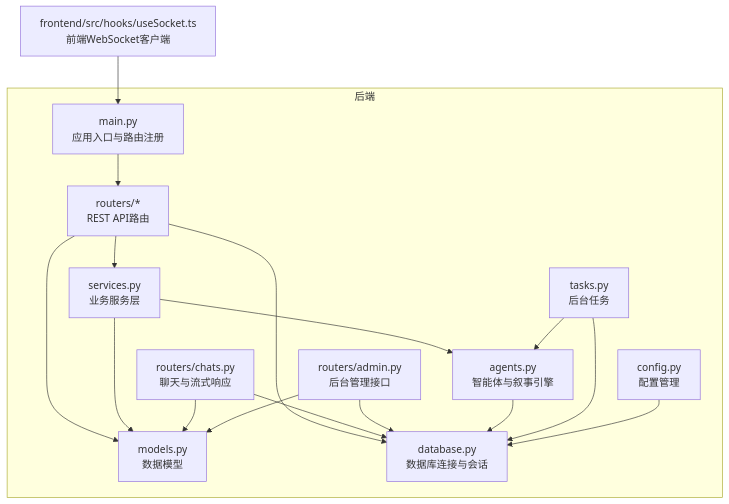
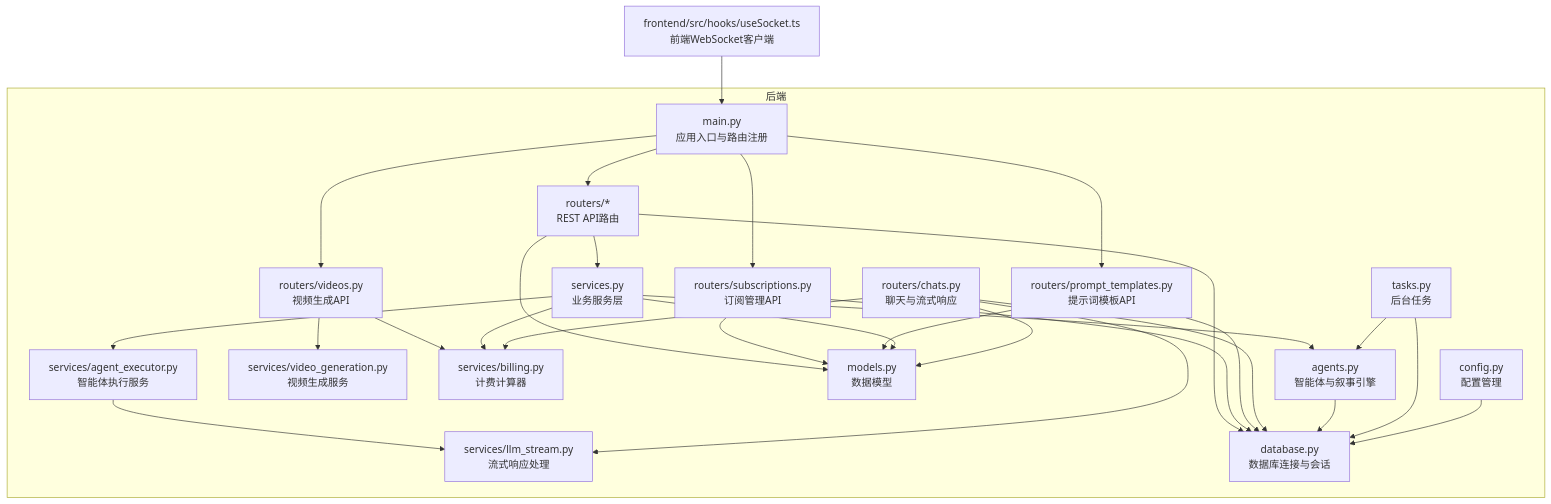
One commit to KunLabAI/KunFlix changed the first of 20 diagrams in .qoder/repowiki/zh/content/后端开发指南/API路由系统/智能体管理API.md. Above: the diagram before and after it, drawn with Mermaid. The commit also changed other lines of this file and 25 other files, not shown here.

````diff
--- a/.qoder/repowiki/zh/content/后端开发指南/API路由系统/智能体管理API.md
+++ b/.qoder/repowiki/zh/content/后端开发指南/API路由系统/智能体管理API.md
@@ -39,31 +69,49 @@
 ```mermaid
 graph TB
 subgraph "后端"
 MAIN["main.py<br/>应用入口与路由注册"]
 ROUTERS["routers/*<br/>REST API路由"]
+SUBSCRIPTIONS["routers/subscriptions.py<br/>订阅管理API"]
+PROMPT_TEMPLATES["routers/prompt_templates.py<br/>提示词模板API"]
+VIDEOS["routers/videos.py<br/>视频生成API"]
 SERVICES["services.py<br/>业务服务层"]
+AGENT_EXECUTOR["services/agent_executor.py<br/>智能体执行服务"]
+VIDEO_GEN["services/video_generation.py<br/>视频生成服务"]
+BILLING["services/billing.py<br/>计费计算器"]
+LLM_STREAM["services/llm_stream.py<br/>流式响应处理"]
 MODELS["models.py<br/>数据模型"]
 AGENTS["agents.py<br/>智能体与叙事引擎"]
 CHATS["routers/chats.py<br/>聊天与流式响应"]
-ADMIN["routers/admin.py<br/>后台管理接口"]
 DB["database.py<br/>数据库连接与会话"]
 CONFIG["config.py<br/>配置管理"]
 TASKS["tasks.py<br/>后台任务"]
 end
 FRONT["frontend/src/hooks/useSocket.ts<br/>前端WebSocket客户端"]
 FRONT --> MAIN
 MAIN --> ROUTERS
+MAIN --> SUBSCRIPTIONS
+MAIN --> PROMPT_TEMPLATES
+MAIN --> VIDEOS
 ROUTERS --> SERVICES
 ROUTERS --> MODELS
 ROUTERS --> DB
+SUBSCRIPTIONS --> MODELS
+SUBSCRIPTIONS --> DB
+PROMPT_TEMPLATES --> MODELS
+PROMPT_TEMPLATES --> DB
+VIDEOS --> VIDEO_GEN
+VIDEOS --> BILLING
 SERVICES --> MODELS
 SERVICES --> AGENTS
+SERVICES --> BILLING
+SERVICES --> AGENT_EXECUTOR
+AGENT_EXECUTOR --> LLM_STREAM
 CHATS --> MODELS
 CHATS --> DB
-ADMIN --> MODELS
-ADMIN --> DB
+CHATS --> BILLING
+CHATS --> LLM_STREAM
 AGENTS --> DB
 TASKS --> AGENTS
 TASKS --> DB
 CONFIG --> DB
 ```
````
